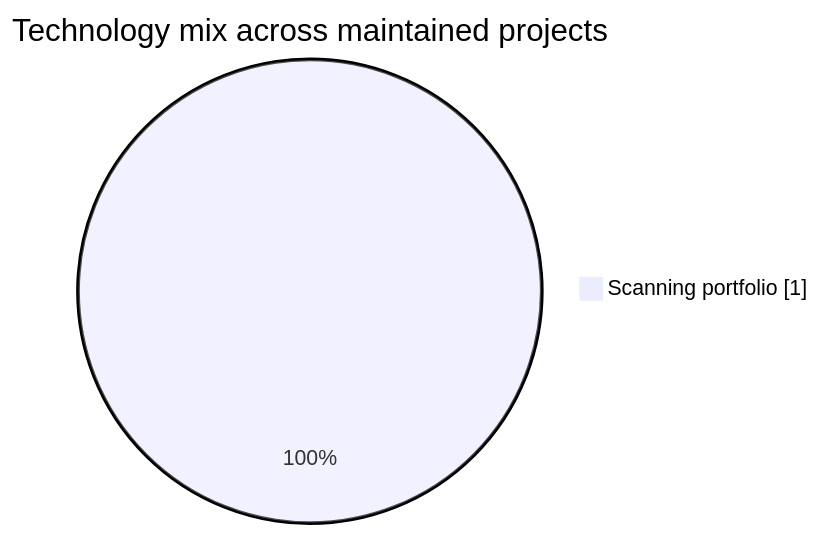
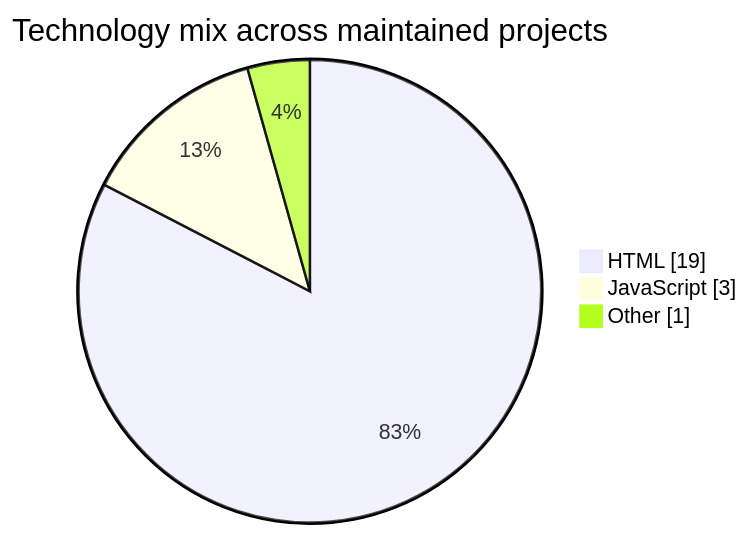
One commit to 0xtrvkc/0xtrvkc changed the diagram in README.md. Above: the diagram before and after it, drawn with Mermaid. The commit also changed other lines of this file, not shown here.

````diff
--- a/README.md
+++ b/README.md
@@ -74,5 +74,7 @@
 ```mermaid
 pie showData
     title Technology mix across maintained projects
-    "Scanning portfolio" : 1
+    "HTML" : 19
+    "JavaScript" : 3
+    "Other" : 1
 ```
````
